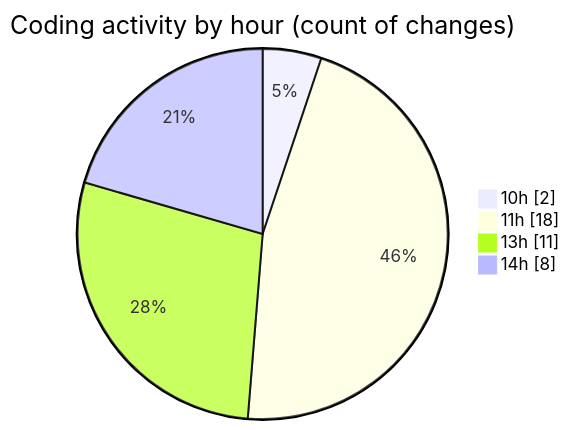
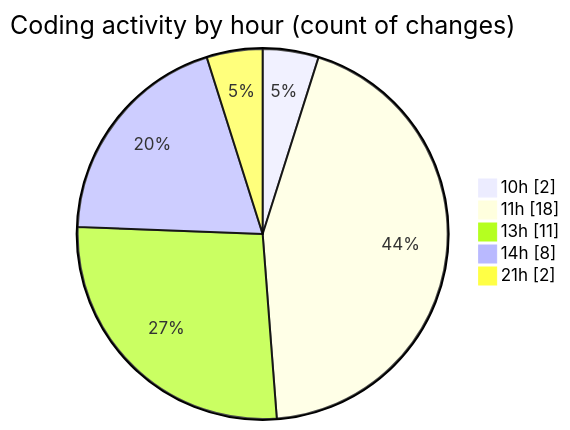
Before and after one commit to MatusMokan/code-tracking: the second of 2 diagrams in 2025-03-17/myws__workspace_/README.md, drawn with Mermaid. The commit also changed other lines of this file and 1 other file, not shown here.

````diff
--- a/2025-03-17/myws__workspace_/README.md
+++ b/2025-03-17/myws__workspace_/README.md
@@ -32,8 +33,9 @@
 ```mermaid
 pie showData
 title Coding activity by hour (count of changes)
 "10h" : 2
 "11h" : 18
 "13h" : 11
 "14h" : 8
+"21h" : 2
 ```
````
